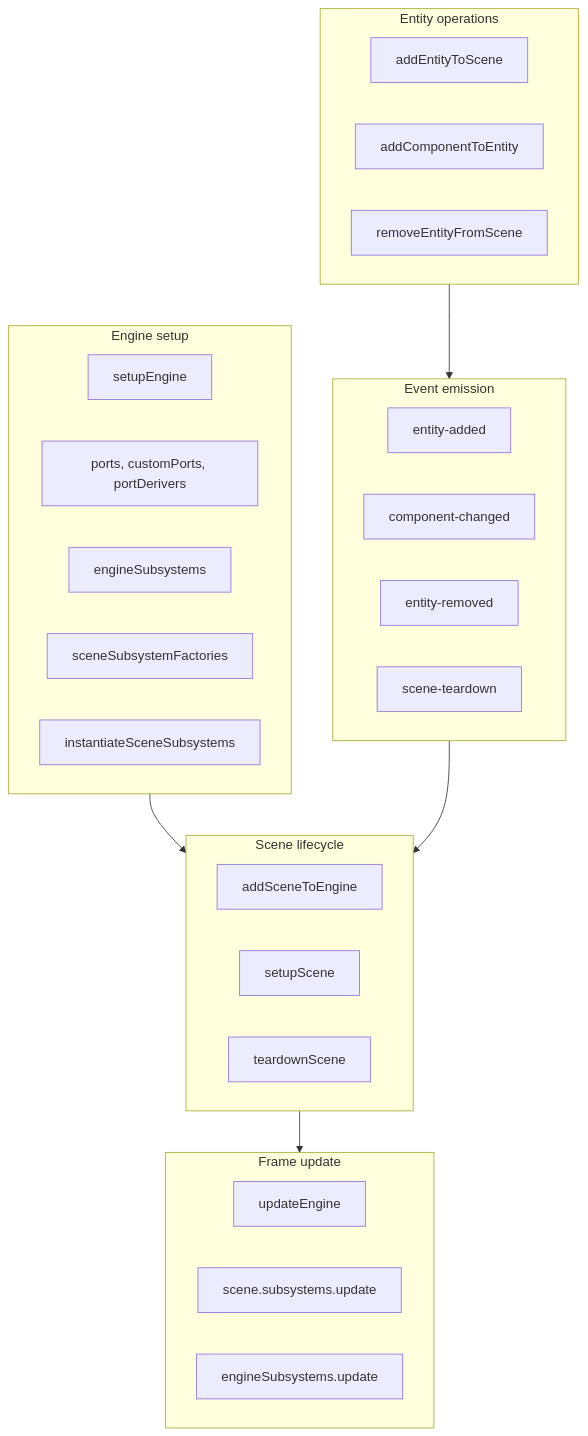
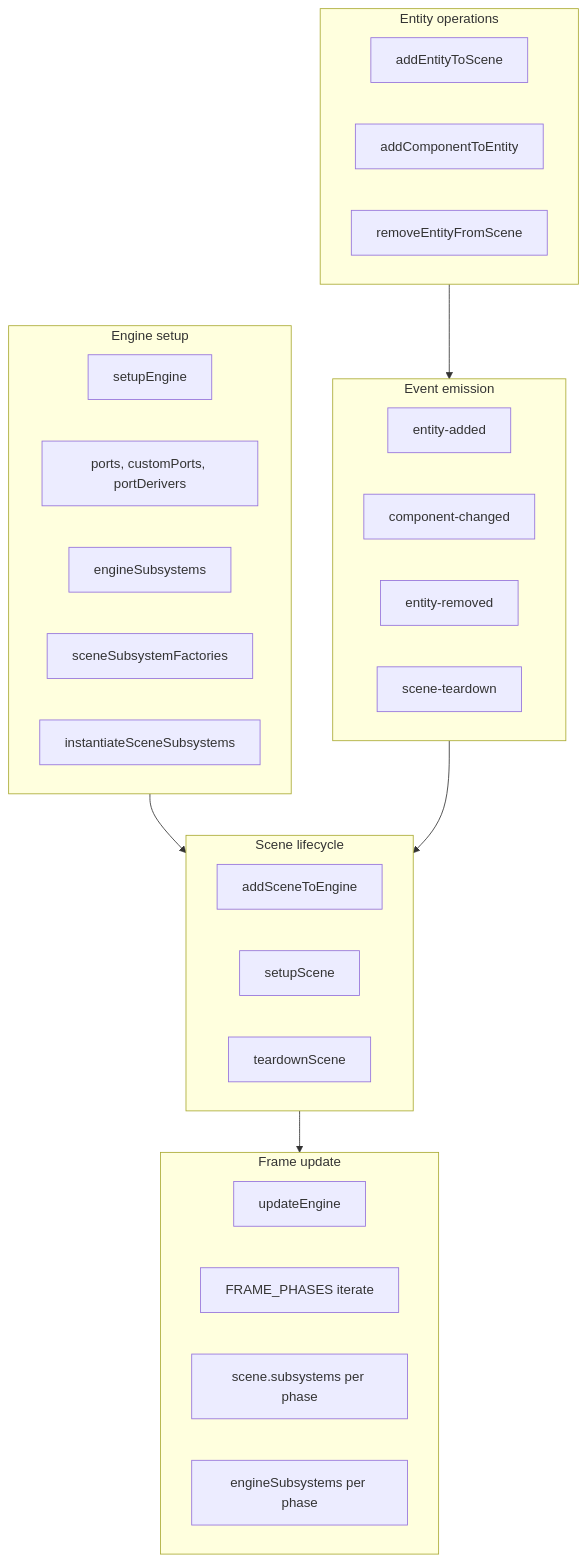
One commit to QADRAX/SpaceDucksMMO changed the second of 7 diagrams in packages/core-v2/ARCHITECTURE.md. Above: the diagram before and after it, drawn with Mermaid. The commit also changed other lines of this file and 42 other files, not shown here.

````diff
--- a/packages/core-v2/ARCHITECTURE.md
+++ b/packages/core-v2/ARCHITECTURE.md
@@ -79,40 +79,41 @@
 ```mermaid
 flowchart TB
     subgraph Setup["Engine setup"]
         S1[setupEngine]
         S2[ports, customPorts, portDerivers]
         S3[engineSubsystems]
         S4[sceneSubsystemFactories]
         S5[instantiateSceneSubsystems]
     end
 
     subgraph SceneLifecycle["Scene lifecycle"]
         A1[addSceneToEngine]
         A2[setupScene]
         A3[teardownScene]
     end
 
     subgraph EntityOps["Entity operations"]
         E1[addEntityToScene]
         E2[addComponentToEntity]
         E3[removeEntityFromScene]
     end
 
     subgraph Events["Event emission"]
         EV1[entity-added]
         EV2[component-changed]
         EV3[entity-removed]
         EV4[scene-teardown]
     end
 
     subgraph Update["Frame update"]
         U1[updateEngine]
-        U2[scene.subsystems.update]
-        U3[engineSubsystems.update]
+        U2[FRAME_PHASES iterate]
+        U3[scene.subsystems per phase]
+        U4[engineSubsystems per phase]
     end
 
     Setup --> SceneLifecycle
     EntityOps --> Events
     Events --> SceneLifecycle
     SceneLifecycle --> Update
 ```
````
